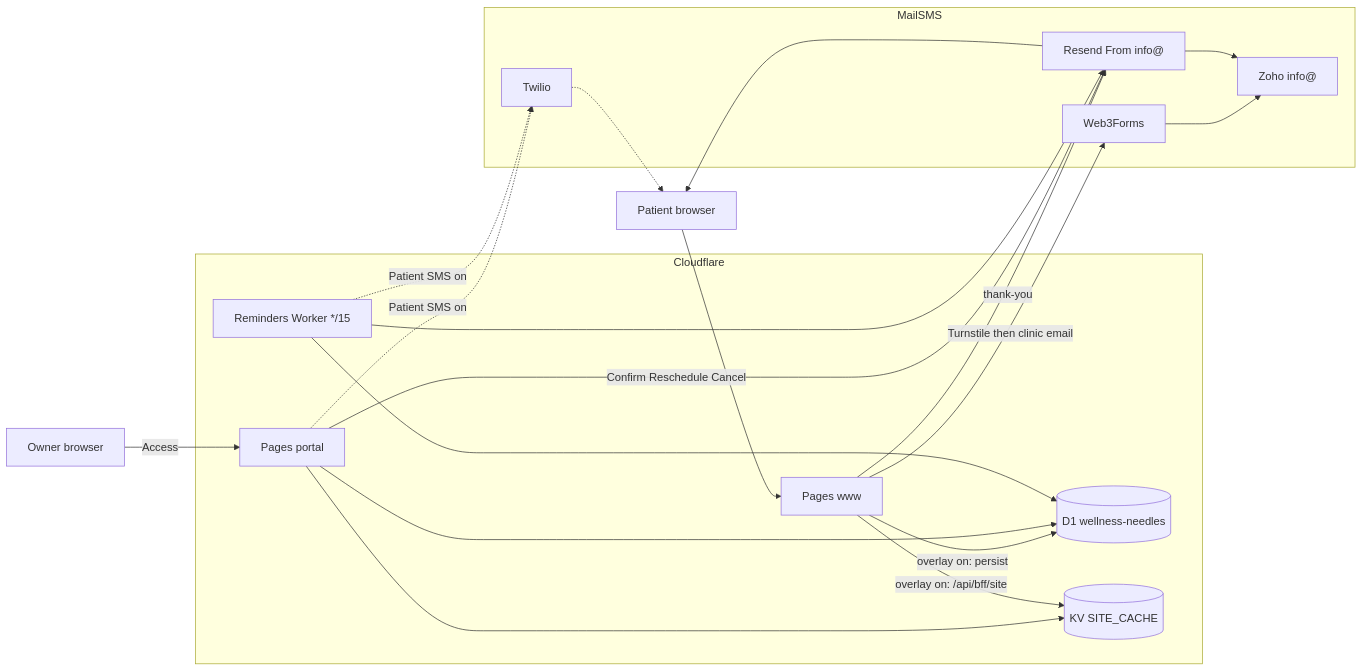
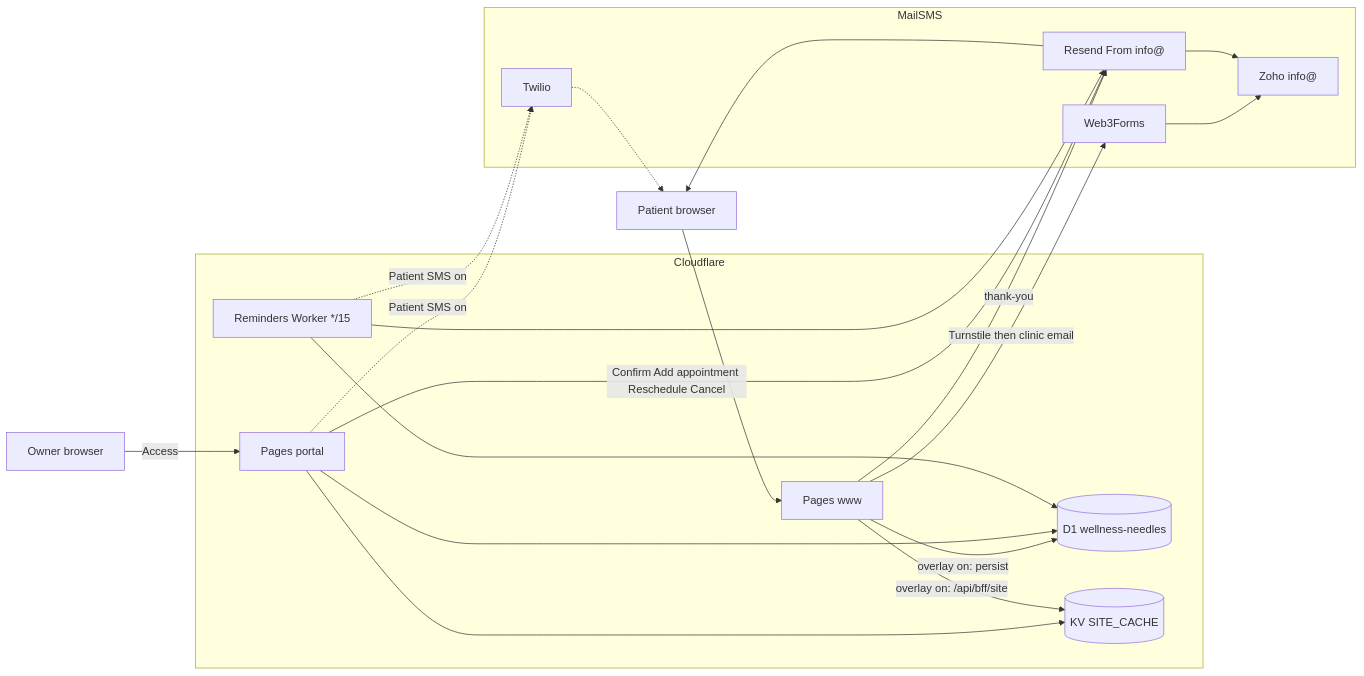
The first of 4 diagrams in docs/ARCHITECTURE.md (hbacalso1229/wellness-needles), drawn with Mermaid before and after one commit. The commit also changed other lines of this file and 15 other files, not shown here.

````diff
--- a/docs/ARCHITECTURE.md
+++ b/docs/ARCHITECTURE.md
@@ -22,38 +22,38 @@
 ```mermaid
 flowchart LR
   Patient[Patient browser]
   Owner[Owner browser]
 
   subgraph Cloudflare
     WWW[Pages www]
     Portal[Pages portal]
     Worker[Reminders Worker */15]
     D1[(D1 wellness-needles)]
     KV[(KV SITE_CACHE)]
   end
 
   subgraph MailSMS
     W3[Web3Forms]
     Resend[Resend From info@]
     Zoho[Zoho info@]
     Twilio[Twilio]
   end
 
   Patient --> WWW
   Owner -->|Access| Portal
   WWW -->|Turnstile then clinic email| W3
   W3 --> Zoho
   WWW -->|overlay on: persist| D1
   WWW -->|thank-you| Resend
   Resend --> Patient
   Portal --> D1
   Portal --> KV
   WWW -->|overlay on: /api/bff/site| KV
-  Portal -->|Confirm Reschedule Cancel| Resend
+  Portal -->|Confirm Add appointment Reschedule Cancel| Resend
   Resend --> Zoho
   Worker --> D1
   Worker --> Resend
   Portal -.->|Patient SMS on| Twilio
   Worker -.->|Patient SMS on| Twilio
   Twilio -.-> Patient
 ```
````
